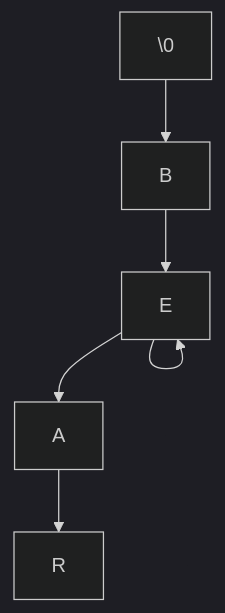
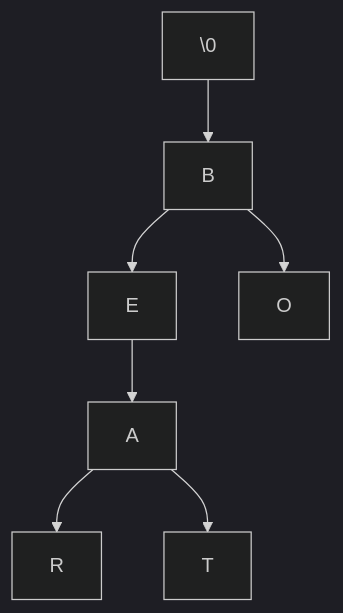
One commit to mmcnally1/arduino-projects changed the diagram in morse-code/README.md. Above: the diagram before and after it, drawn with Mermaid (dark theme).

````diff
--- a/morse-code/README.md
+++ b/morse-code/README.md
@@ -9,8 +9,9 @@
 ```mermaid
 graph TD;
 \0 --> B
 B --> E
 E --> A
 A --> R
-E --> E
+A --> T
+B --> O
 ```
````
